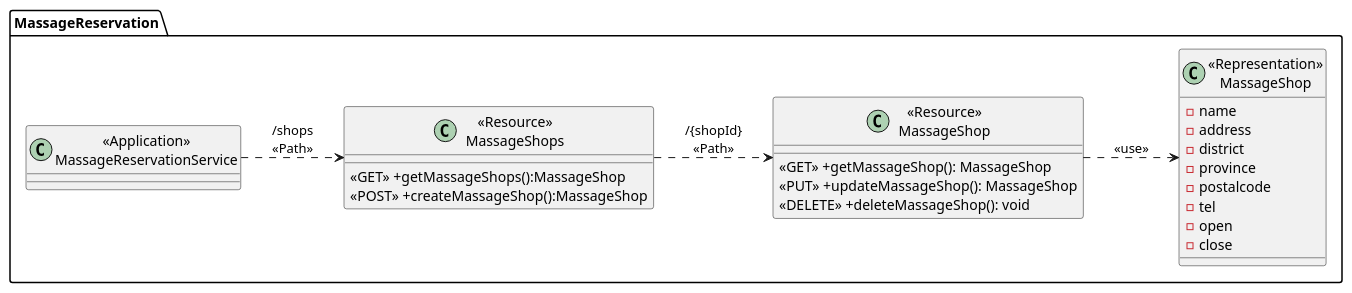
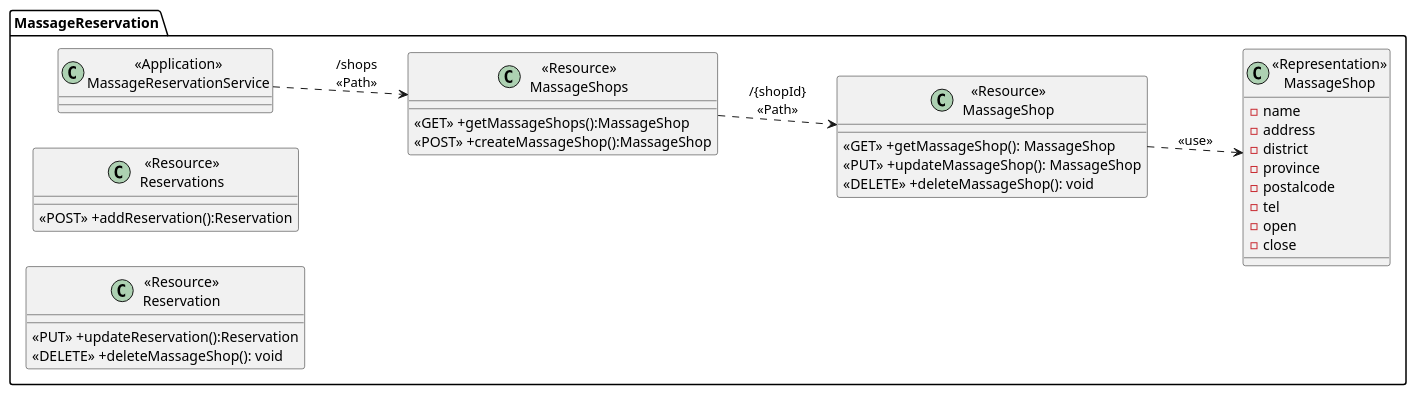
One commit to PoomThammasorn/MassageReservation-SWDev changed the diagram in UML/Class/VacQclass.puml. Above: the diagram before and after it, drawn with PlantUML. The commit also changed 3 other files, not shown here.

```diff
--- a/UML/Class/VacQclass.puml
+++ b/UML/Class/VacQclass.puml
@@ -1,34 +1,42 @@
 @startuml
 left to right direction
 package "MassageReservation"{
     class "<<Application>>\nMassageReservationService" as MassageReservationService{}
 
     class "<<Resource>>\nMassageShops" as ResourceMassageShops{
         <<GET>> +getMassageShops():MassageShop
         <<POST>> +createMassageShop():MassageShop
     }
 
     class "<<Resource>>\nMassageShop" as ResourceMassageShop {
         <<GET>> +getMassageShop(): MassageShop
         <<PUT>> +updateMassageShop(): MassageShop
         <<DELETE>> +deleteMassageShop(): void
     }
 
     class "<<Representation>>\nMassageShop" as RepresentationMassageShop {
         -name
         -address
         -district
         -province
         -postalcode
         -tel
         -open
         -close
     }
 
+    class "<<Resource>>\nReservations" as ResourceReservations{
+        <<POST>> +addReservation():Reservation
+    }
+
+    class "<<Resource>>\nReservation" as ResourceReservation{
+        <<PUT>> +updateReservation():Reservation
+        <<DELETE>> +deleteMassageShop(): void
+    }
 }
 
 MassageReservationService ..> ResourceMassageShops:"/shops\n<<Path>>"
 ResourceMassageShops ..> ResourceMassageShop: "/{shopId}\n<<Path>>"
 ResourceMassageShop ..> RepresentationMassageShop: "<<use>>"
 
 @enduml
```
